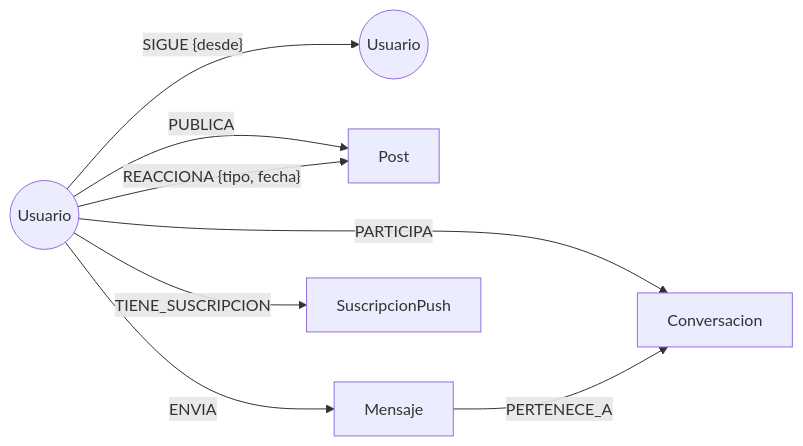
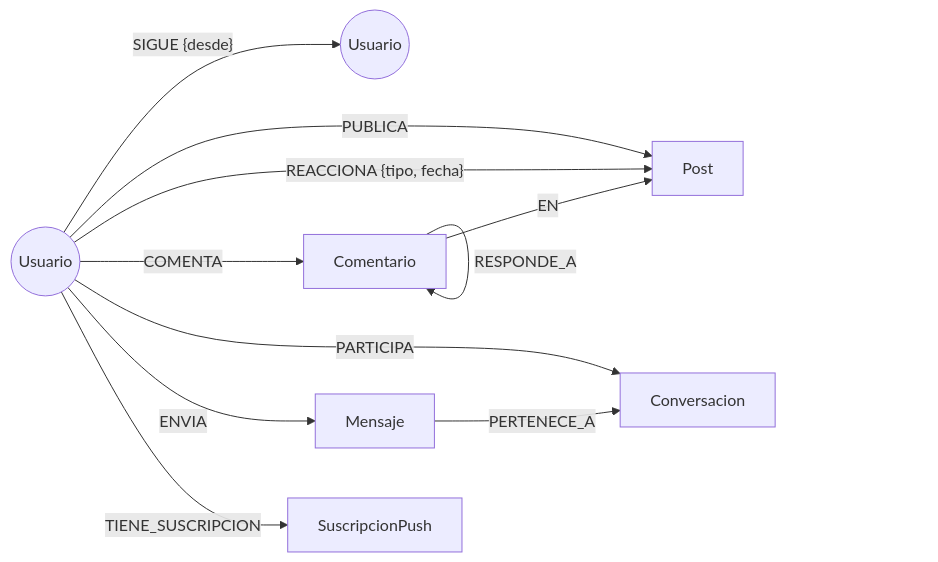
The second of 2 diagrams in README.md (Joseepc18/red-social-distribuida), drawn with Mermaid before and after one commit. The commit also changed other lines of this file and 2 other files, not shown here.

````diff
--- a/README.md
+++ b/README.md
@@ -203,10 +203,13 @@
 ```mermaid
 flowchart LR
     U1(("Usuario")) -- "SIGUE {desde}" --> U2(("Usuario"))
     U1 -- "PUBLICA" --> P["Post"]
     U1 -- "REACCIONA {tipo, fecha}" --> P
+    U1 -- "COMENTA" --> K["Comentario"]
+    K -- "EN" --> P
+    K -- "RESPONDE_A" --> K
     U1 -- "PARTICIPA" --> C["Conversacion"]
     U1 -- "ENVIA" --> M["Mensaje"]
     M -- "PERTENECE_A" --> C
     U1 -- "TIENE_SUSCRIPCION" --> S["SuscripcionPush"]
 ```
````
